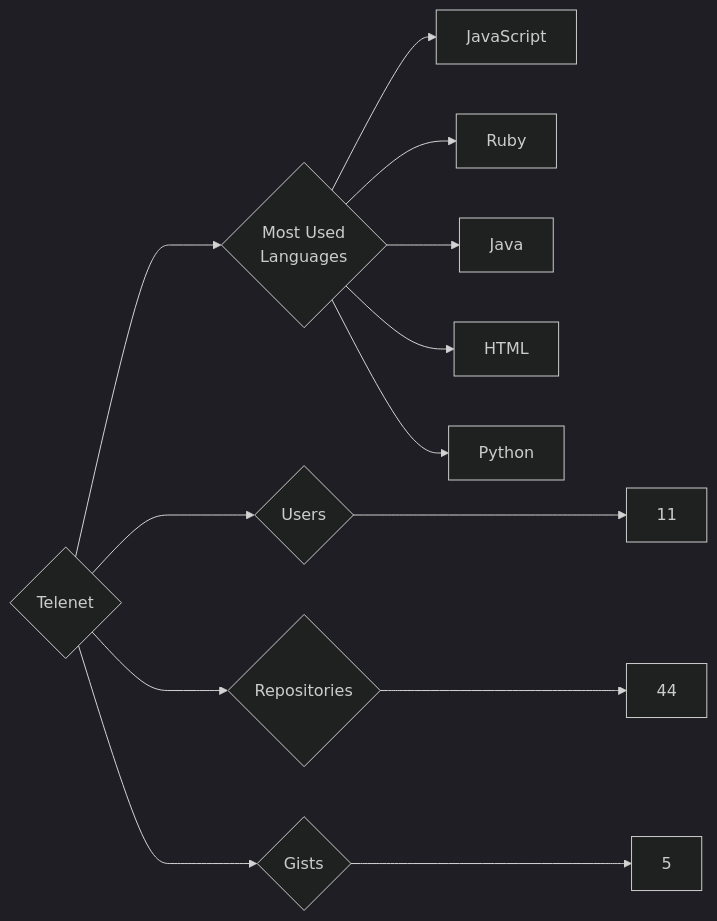
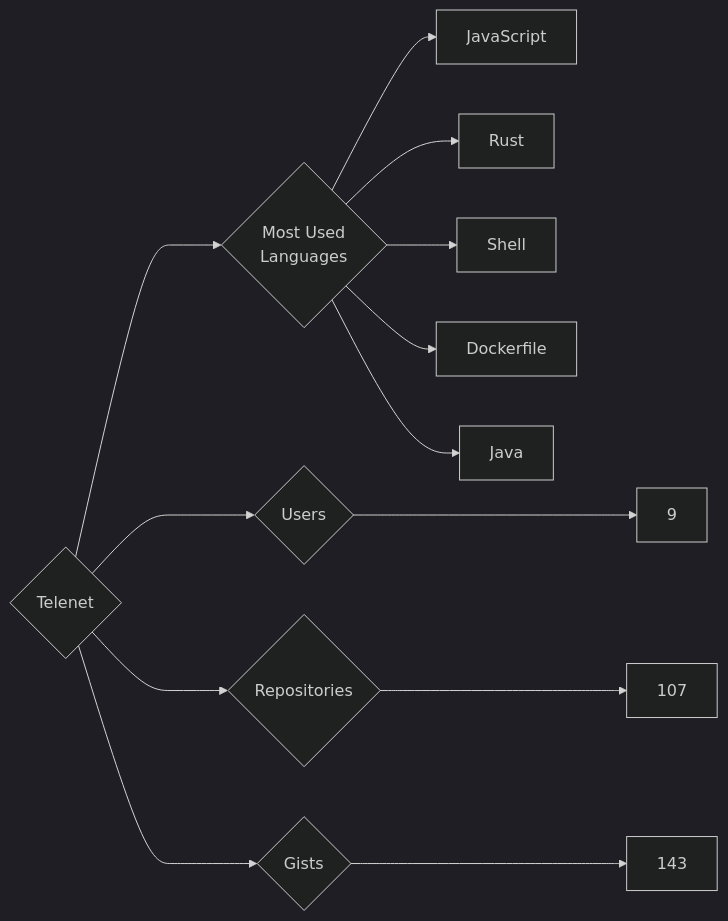
One commit to trickest/insiders changed the diagram in targets/Telenet/README.md. Above: the diagram before and after it, drawn with Mermaid (dark theme). The commit also changed 851 other files, not shown here.

````diff
--- a/targets/Telenet/README.md
+++ b/targets/Telenet/README.md
@@ -3,13 +3,13 @@
 ```mermaid
 graph LR
 COMPANY_NAME{Telenet}
-COMPANY_NAME ---> U{Users} ---> UN[11]
-COMPANY_NAME ---> R{Repositories} ---> RN[44]
-COMPANY_NAME ---> G{Gists} ---> GN[5]
+COMPANY_NAME ---> U{Users} ---> UN[9]
+COMPANY_NAME ---> R{Repositories} ---> RN[107]
+COMPANY_NAME ---> G{Gists} ---> GN[143]
 COMPANY_NAME ---> ML{Most Used<br>Languages}
 ML --> JavaScript[JavaScript]
-ML --> Ruby[Ruby]
+ML --> Rust[Rust]
+ML --> Shell[Shell]
+ML --> Dockerfile[Dockerfile]
 ML --> Java[Java]
-ML --> HTML[HTML]
-ML --> Python[Python]
 ```
````
